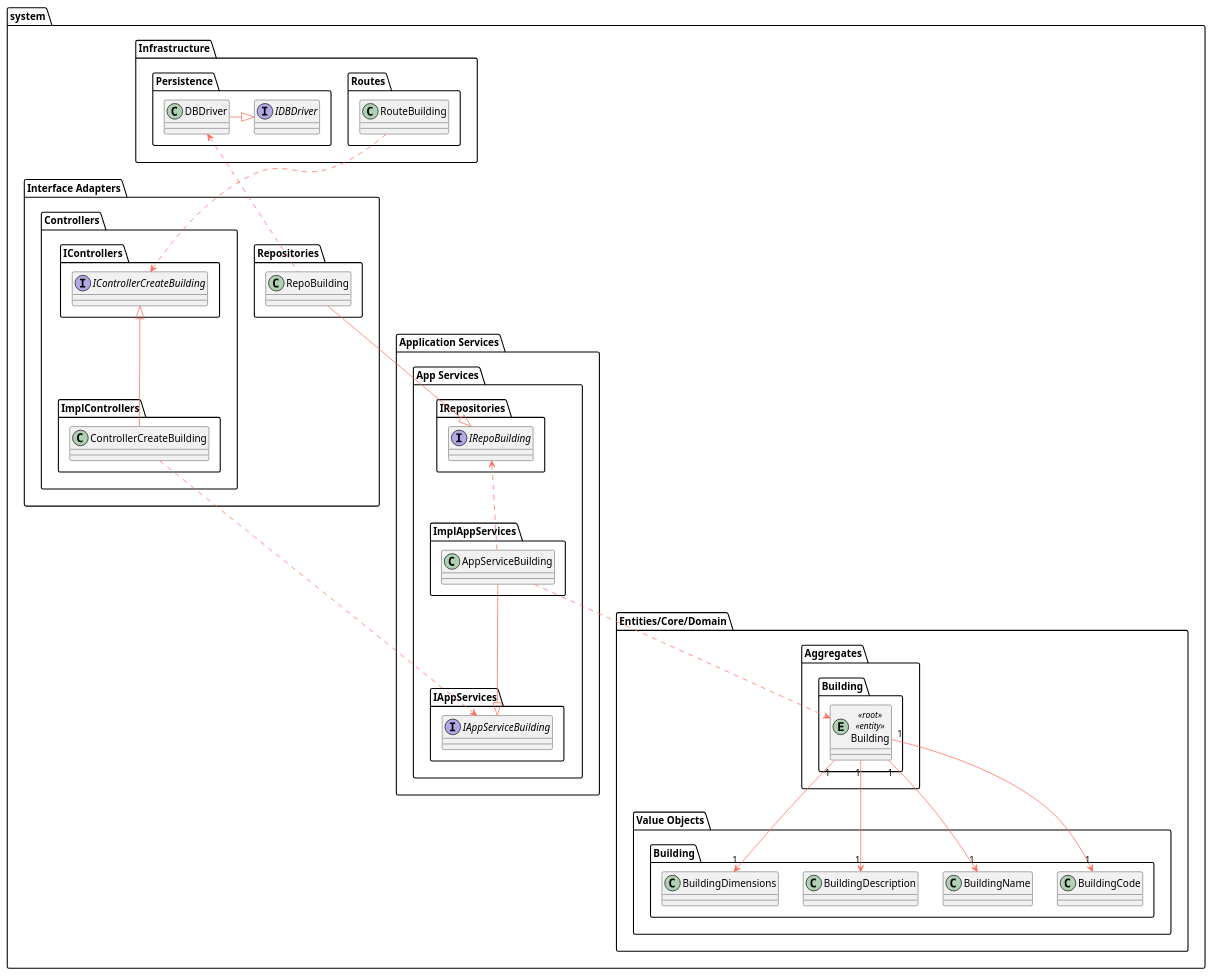
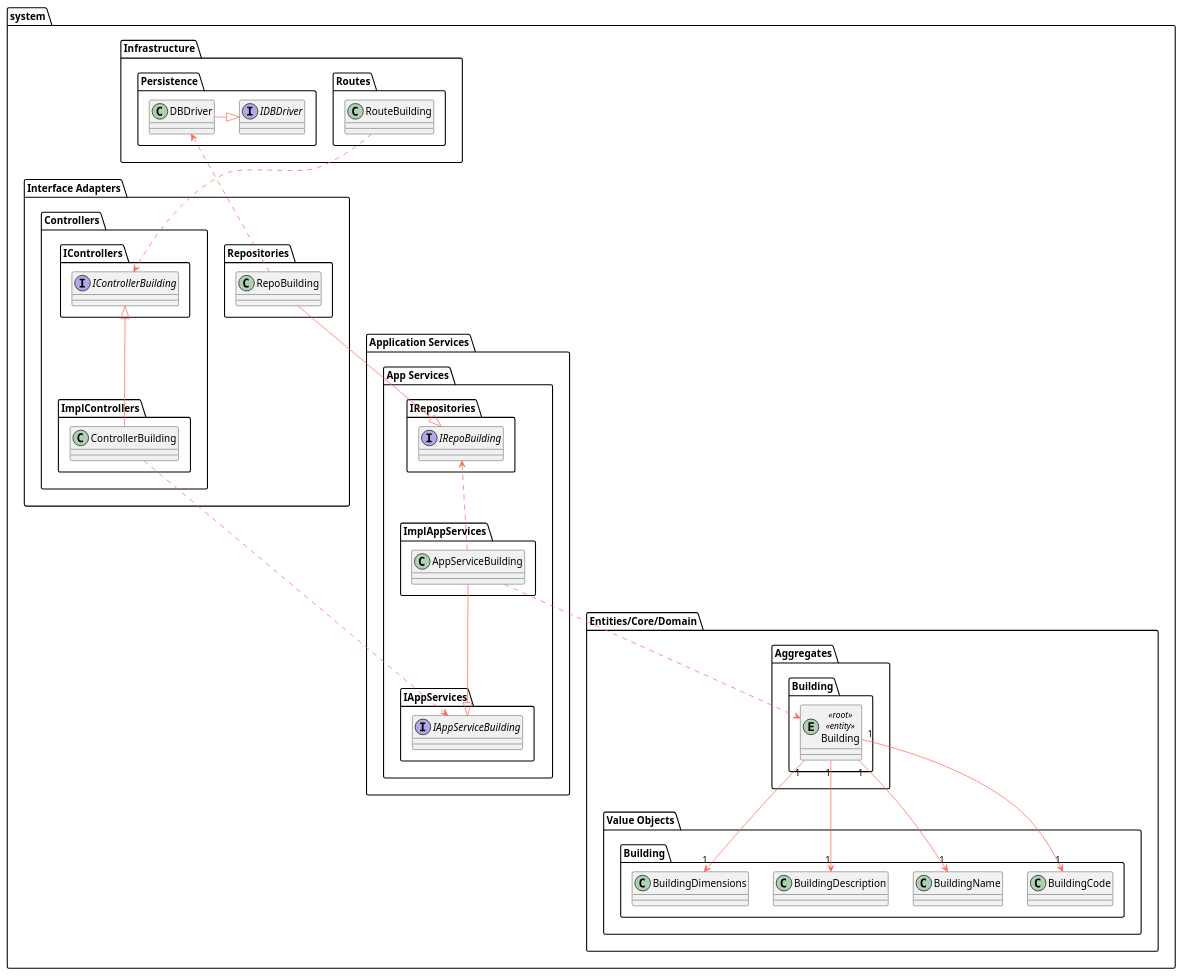
One commit to Departamento-de-Engenharia-Informatica/lapr5-23-24-g19 changed the diagram in docs/us150/level3/class-diagram.puml. Above: the diagram before and after it, drawn with PlantUML. The commit also changed 18 other files, not shown here.

```diff
--- a/docs/us150/level3/class-diagram.puml
+++ b/docs/us150/level3/class-diagram.puml
@@ -1,111 +1,111 @@
 @startuml
 
 skinparam component {
     FontSize 16
     BackgroundColor<<Apache>> LightCoral
     BorderColor<<Apache>> #FF6655
     FontName Courier
     BorderColor black
     BackgroundColor DeepSkyBlue
     ArrowFontName Impact
     ArrowColor #FF6655
 }
 
 package system {
     package "Infrastructure" {
         package "Routes" {
             class RouteBuilding
         }
 
         package "Persistence" {
             interface IDBDriver
             class DBDriver
         }
 
         DBDriver -right-|> IDBDriver
     }
 
     package "Interface Adapters" {
         package "Controllers" {
             package "IControllers" {
-                interface IControllerCreateBuilding
+                interface IControllerBuilding
             }
 
             package "ImplControllers" {
-                class ControllerCreateBuilding
+                class ControllerBuilding
             }
-            ControllerCreateBuilding -up-|> IControllerCreateBuilding
+            ControllerBuilding -up-|> IControllerBuilding
         }
 
         package "Repositories" {
             class RepoBuilding
 
         }
 
         RepoBuilding .up.> DBDriver
 
 
-        RouteBuilding ..> IControllerCreateBuilding
+        RouteBuilding ..> IControllerBuilding
     }
 
     package "Application Services" {
         package "App Services" {
             package "IAppServices" {
                 interface IAppServiceBuilding
             }
 
             package "ImplAppServices" {
                 class AppServiceBuilding
             }
 
             AppServiceBuilding --|> IAppServiceBuilding
 
             package "IRepositories" {
                 interface IRepoBuilding
 
             }
 
             RepoBuilding --|> IRepoBuilding
 
         }
 
-        ControllerCreateBuilding ..> IAppServiceBuilding
+        ControllerBuilding ..> IAppServiceBuilding
 
         AppServiceBuilding .up.> IRepoBuilding
 
     }
 
     package "Entities/Core/Domain" {
         package "Aggregates" {
 
 
             package "Building" as a_building {
                 entity Building <<root>> <<entity>>
             }
         }
 
 
 
         package "Value Objects" {
             package "Building" as vo_building {
                 class BuildingCode
                 class BuildingName
                 class BuildingDescription
                 class BuildingDimensions
             }
         }
 
 
         Building "1" --> "1" BuildingCode
         Building "1" --> "1" BuildingName
         Building "1" --> "1" BuildingDescription
         Building "1" --> "1" BuildingDimensions
 
         AppServiceBuilding ..> Building
 
         'package "Services" {
         '}
     }
 }
 
 @enduml
```
